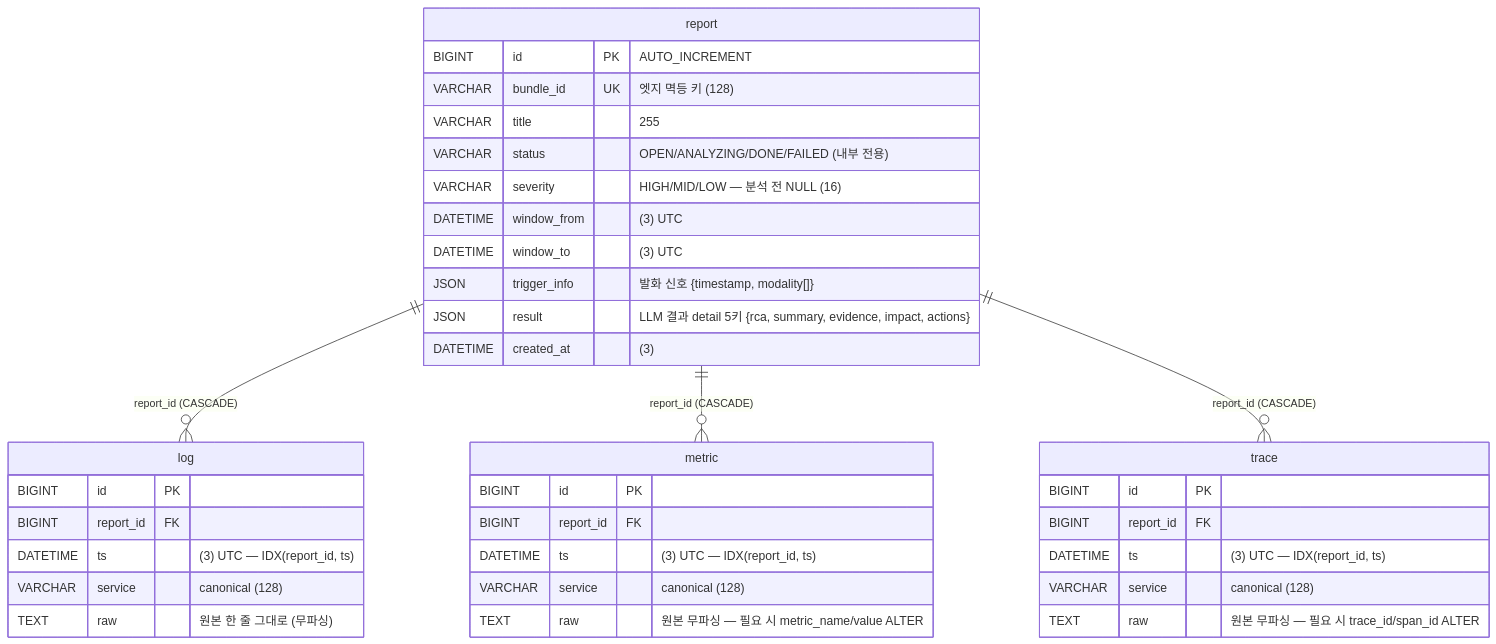
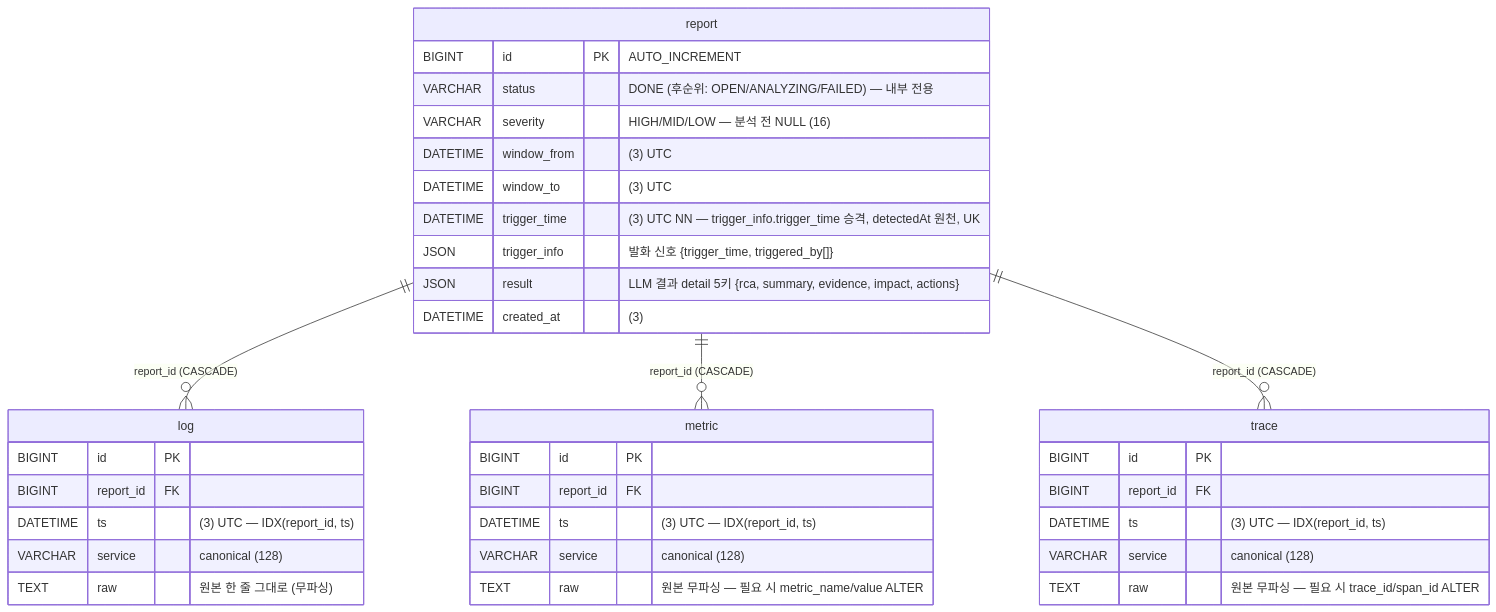
One commit to KT-AX-ICT/chok-v2-spring-backend changed the diagram in docs/schema.md. Above: the diagram before and after it, drawn with Mermaid. The commit also changed other lines of this file and 5 other files, not shown here.

````diff
--- a/docs/schema.md
+++ b/docs/schema.md
@@ -13,40 +14,39 @@
 ```mermaid
 erDiagram
     report ||--o{ log    : "report_id (CASCADE)"
     report ||--o{ metric : "report_id (CASCADE)"
     report ||--o{ trace  : "report_id (CASCADE)"
 
     report {
         BIGINT   id           PK "AUTO_INCREMENT"
-        VARCHAR  bundle_id    UK "엣지 멱등 키 (128)"
-        VARCHAR  title           "255"
-        VARCHAR  status          "OPEN/ANALYZING/DONE/FAILED (내부 전용)"
+        VARCHAR  status          "DONE (후순위: OPEN/ANALYZING/FAILED) — 내부 전용"
         VARCHAR  severity        "HIGH/MID/LOW — 분석 전 NULL (16)"
         DATETIME window_from     "(3) UTC"
         DATETIME window_to       "(3) UTC"
-        JSON     trigger_info    "발화 신호 {timestamp, modality[]}"
+        DATETIME trigger_time    "(3) UTC NN — trigger_info.trigger_time 승격, detectedAt 원천, UK"
+        JSON     trigger_info    "발화 신호 {trigger_time, triggered_by[]}"
         JSON     result          "LLM 결과 detail 5키 {rca, summary, evidence, impact, actions}"
         DATETIME created_at      "(3)"
     }
     log {
         BIGINT   id        PK
         BIGINT   report_id FK
         DATETIME ts           "(3) UTC — IDX(report_id, ts)"
         VARCHAR  service      "canonical (128)"
         TEXT     raw          "원본 한 줄 그대로 (무파싱)"
     }
     metric {
         BIGINT   id        PK
         BIGINT   report_id FK
         DATETIME ts           "(3) UTC — IDX(report_id, ts)"
         VARCHAR  service      "canonical (128)"
         TEXT     raw          "원본 무파싱 — 필요 시 metric_name/value ALTER"
     }
     trace {
         BIGINT   id        PK
         BIGINT   report_id FK
         DATETIME ts           "(3) UTC — IDX(report_id, ts)"
         VARCHAR  service      "canonical (128)"
         TEXT     raw          "원본 무파싱 — 필요 시 trace_id/span_id ALTER"
     }
 ```
````
